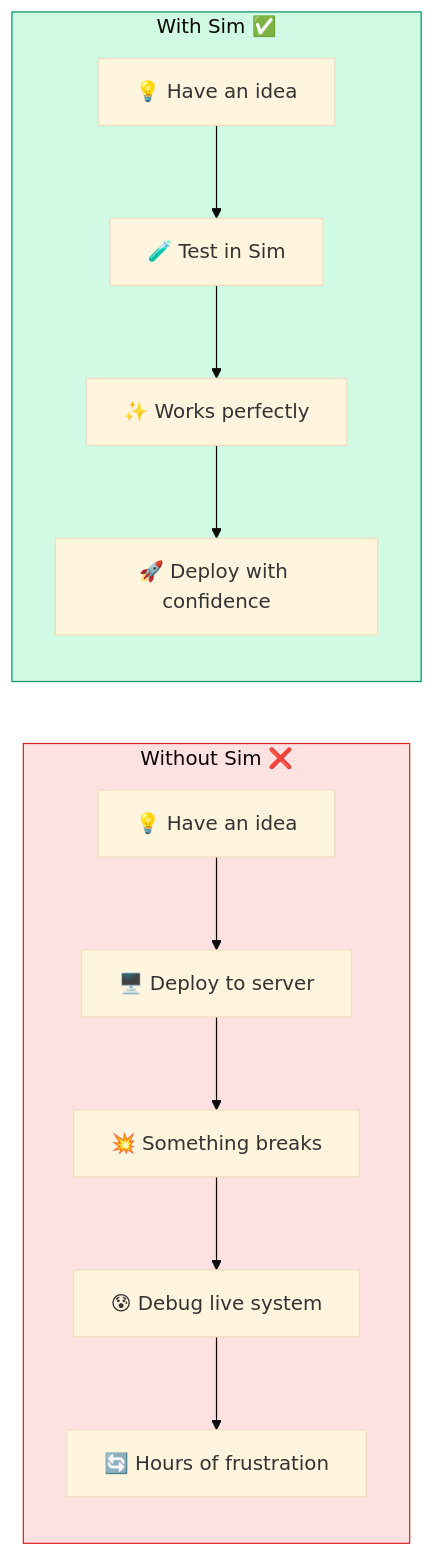
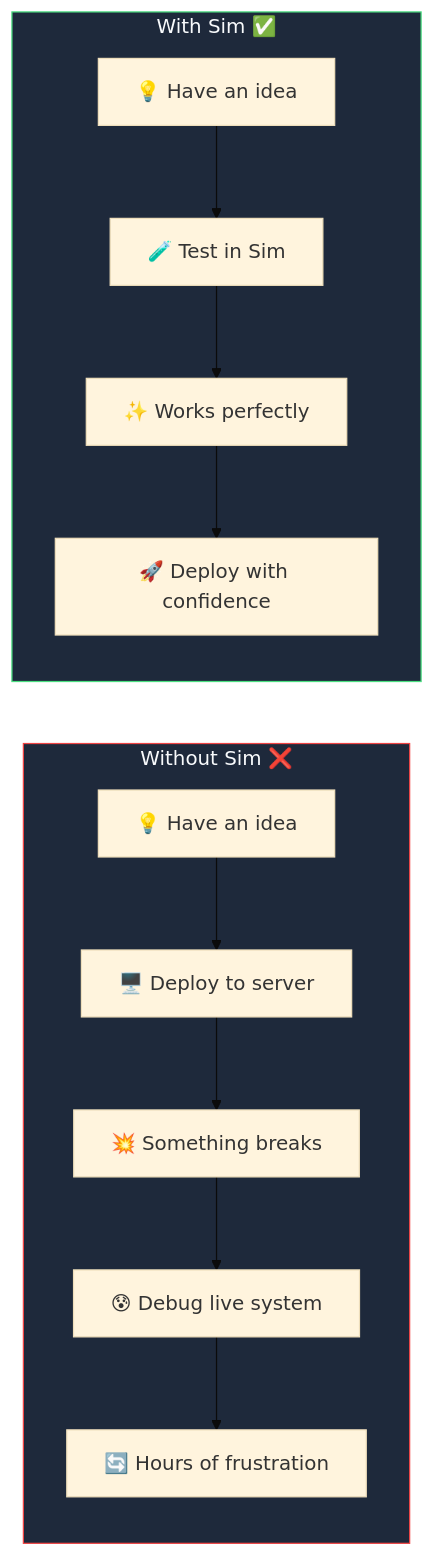
Before and after one commit to KombiverseLabs/docs: the first of 4 diagrams in sim/overview.mdx, drawn with Mermaid (base theme). The commit also changed other lines of this file and 33 other files, not shown here.

````diff
--- a/sim/overview.mdx
+++ b/sim/overview.mdx
@@ -20,26 +18,26 @@
 ```mermaid
 flowchart LR
     subgraph Without["Without Sim ❌"]
         direction TB
         W1["💡 Have an idea"]
         W2["🖥️ Deploy to server"]
         W3["💥 Something breaks"]
         W4["😰 Debug live system"]
         W5["🔄 Hours of frustration"]
         
         W1 --> W2 --> W3 --> W4 --> W5
     end
     
     subgraph With["With Sim ✅"]
         direction TB
         S1["💡 Have an idea"]
         S2["🧪 Test in Sim"]
         S3["✨ Works perfectly"]
         S4["🚀 Deploy with confidence"]
         
         S1 --> S2 --> S3 --> S4
     end
     
-    style Without fill:#fee2e2,stroke:#dc2626
-    style With fill:#d1fae5,stroke:#059669
+    style Without fill:#1e293b,stroke:#ef4444,color:#f8fafc
+    style With fill:#1e293b,stroke:#4ade80,color:#f8fafc
 ```
````
